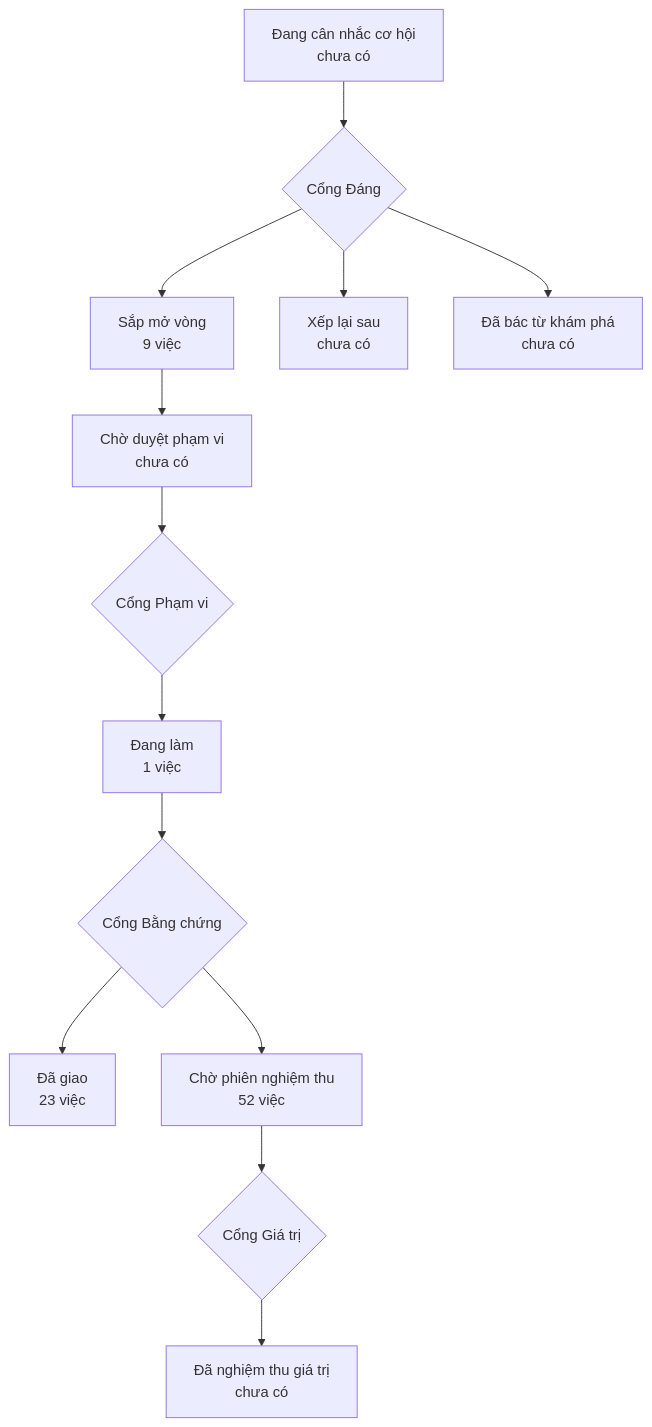
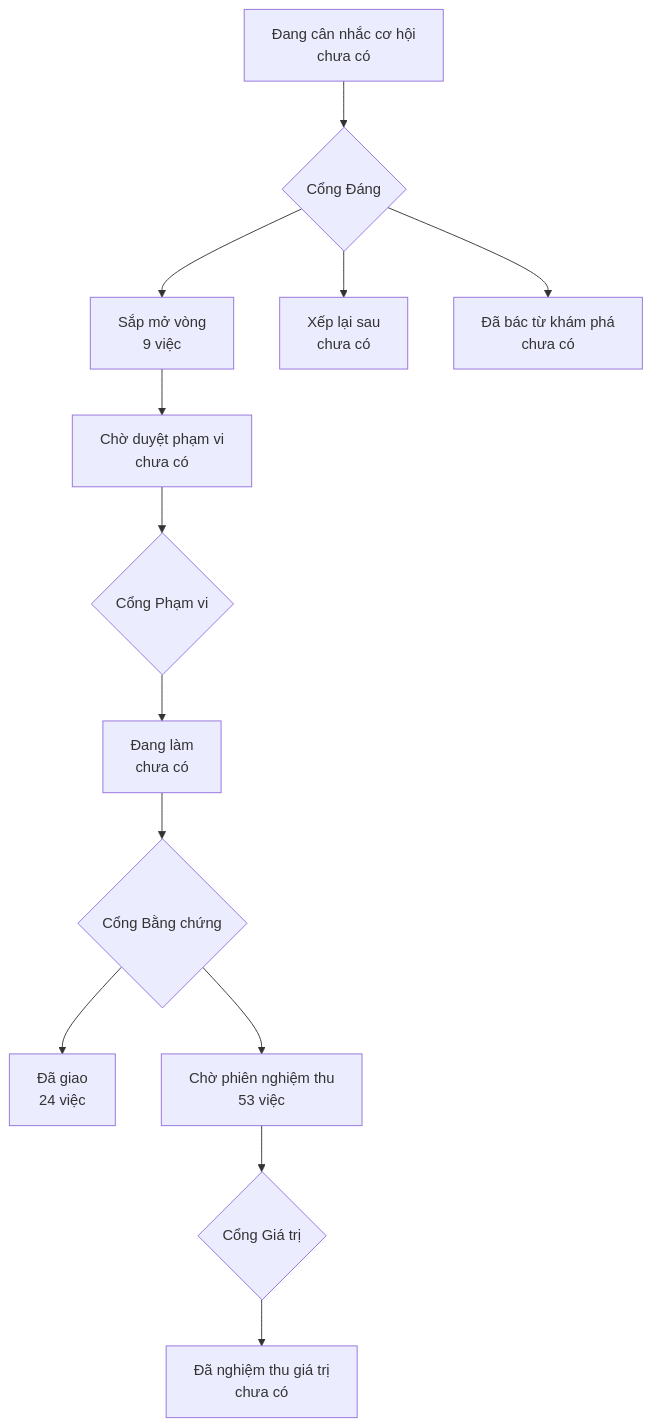
One commit to phanlemanh/onehub-inventory changed the diagram in PRODUCT-MAP.md. Above: the diagram before and after it, drawn with Mermaid. The commit also changed other lines of this file and 4 other files, not shown here.

````diff
--- a/PRODUCT-MAP.md
+++ b/PRODUCT-MAP.md
@@ -7,12 +7,12 @@
 ```mermaid
 flowchart TD
   A["Đang cân nhắc cơ hội<br/>chưa có"] --> GD{"Cổng Đáng"}
   GD --> B["Sắp mở vòng<br/>9 việc"]
   GD --> XL["Xếp lại sau<br/>chưa có"]
   GD --> DB["Đã bác từ khám phá<br/>chưa có"]
   B --> CD["Chờ duyệt phạm vi<br/>chưa có"] --> GP{"Cổng Phạm vi"}
-  GP --> DL["Đang làm<br/>1 việc"] --> GB{"Cổng Bằng chứng"}
-  GB --> DG["Đã giao<br/>23 việc"]
-  GB --> CN["Chờ phiên nghiệm thu<br/>52 việc"] --> GG{"Cổng Giá trị"}
+  GP --> DL["Đang làm<br/>chưa có"] --> GB{"Cổng Bằng chứng"}
+  GB --> DG["Đã giao<br/>24 việc"]
+  GB --> CN["Chờ phiên nghiệm thu<br/>53 việc"] --> GG{"Cổng Giá trị"}
   GG --> NT["Đã nghiệm thu giá trị<br/>chưa có"]
 ```
````
